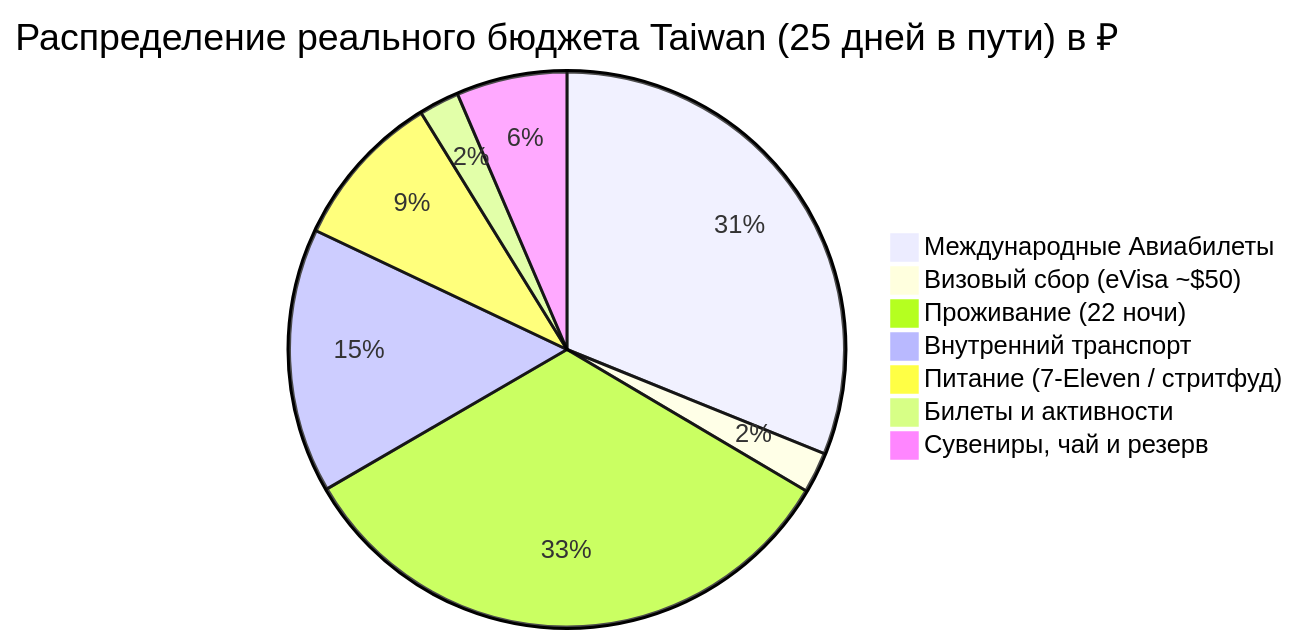
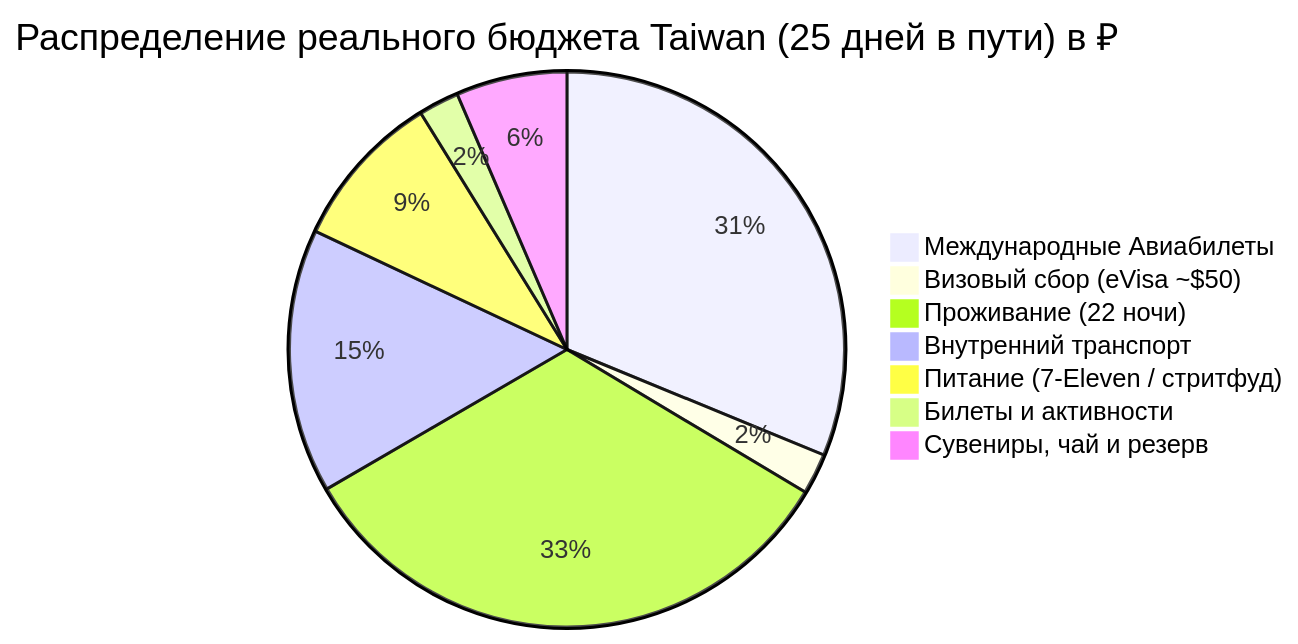
One commit to injurka/obsidian-mark changed the diagram in Personal Note/Travel/-- Taiwan/04 - Финансы/Финансы.md. Above: the diagram before and after it, drawn with Mermaid. The commit also changed other lines of this file and 26 other files, not shown here.

````diff
--- a/Personal Note/Travel/-- Taiwan/04 - Финансы/Финансы.md
+++ b/Personal Note/Travel/-- Taiwan/04 - Финансы/Финансы.md
@@ -12,10 +12,10 @@
 ```mermaid
 pie title Распределение реального бюджета Taiwan (25 дней в пути) в ₽
     "Международные Авиабилеты" : 62793
     "Визовый сбор (eVisa ~$50)" : 4800
-    "Проживание (22 ночи)" : 66835
-    "Внутренний транспорт" : 31095
+    "Проживание (22 ночи)" : 66479
+    "Внутренний транспорт" : 30925
     "Питание (7-Eleven / стритфуд)" : 18500
     "Билеты и активности" : 4740
     "Сувениры, чай и резерв" : 13000
 ```
````
